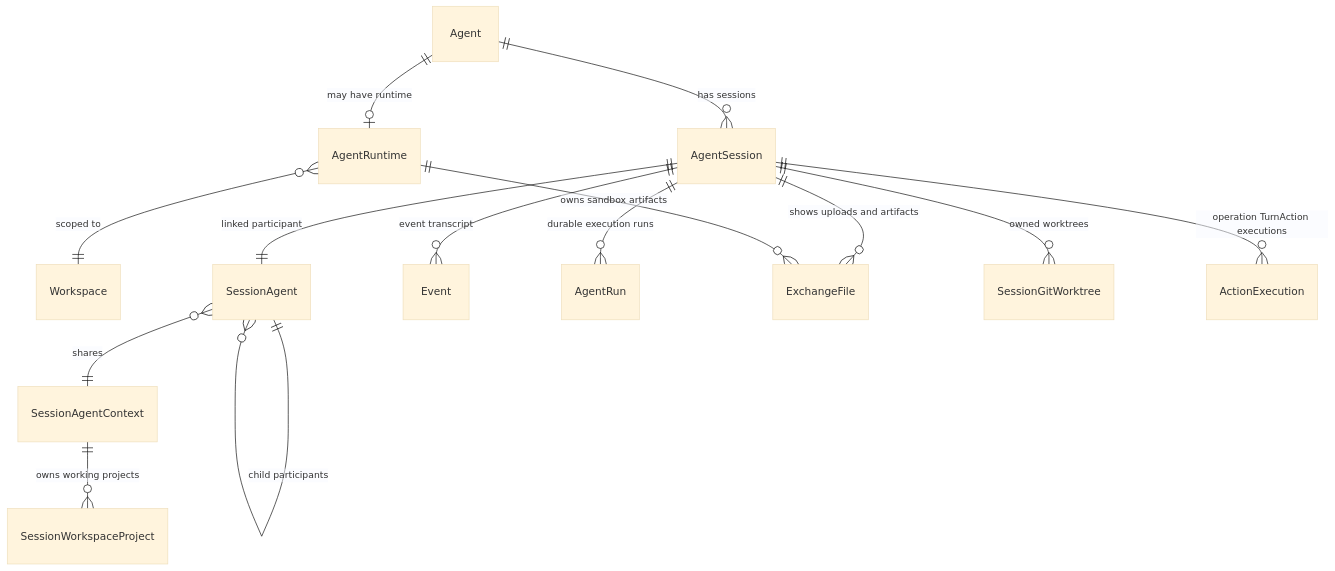
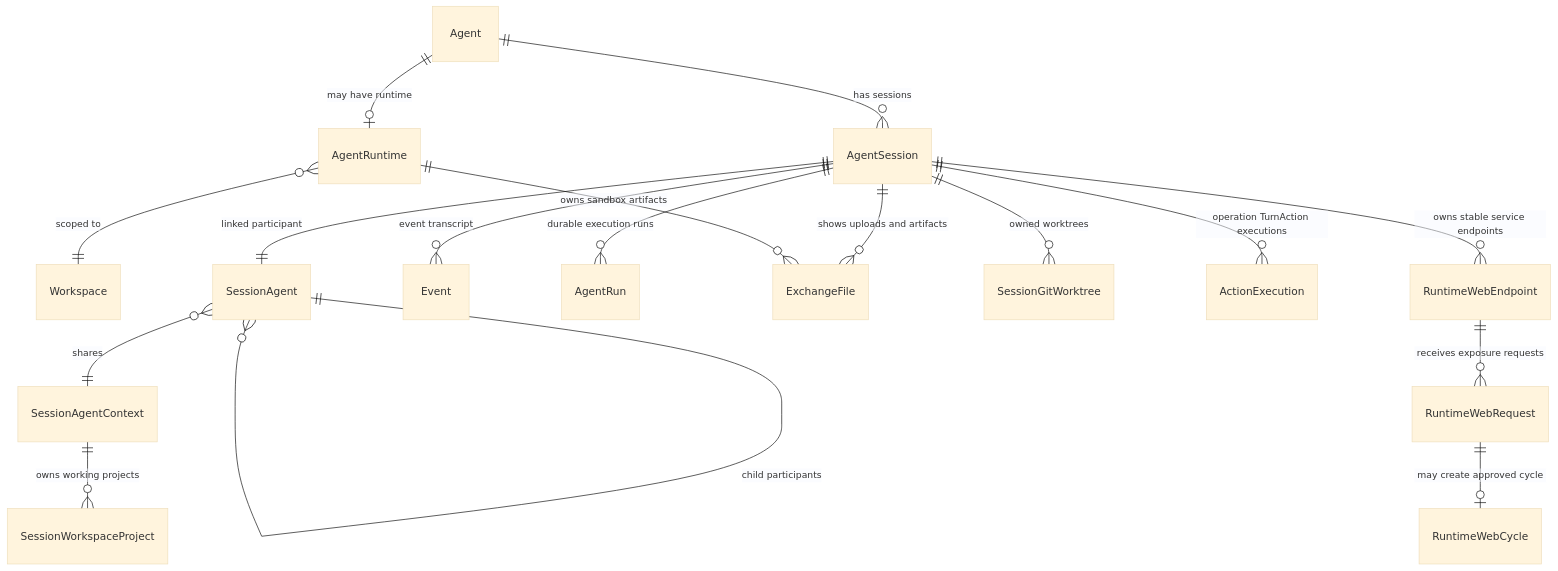
One commit to azents/azents changed the diagram in docs/azents/spec/domain/conversation.md. Above: the diagram before and after it, drawn with Mermaid (base theme). The commit also changed other lines of this file and 25 other files, not shown here.

Commit message:
test(runtime-web): add gateway end-to-end coverage

````diff
--- a/docs/azents/spec/domain/conversation.md
+++ b/docs/azents/spec/domain/conversation.md
@@ -153,16 +158,19 @@
 ```mermaid
 erDiagram
     Agent ||--o| AgentRuntime : "may have runtime"
     Agent ||--o{ AgentSession : "has sessions"
     AgentRuntime }o--|| Workspace : "scoped to"
     AgentSession ||--|| SessionAgent : "linked participant"
     SessionAgent ||--o{ SessionAgent : "child participants"
     SessionAgent }o--|| SessionAgentContext : "shares"
     SessionAgentContext ||--o{ SessionWorkspaceProject : "owns working projects"
     AgentSession ||--o{ Event : "event transcript"
     AgentSession ||--o{ AgentRun : "durable execution runs"
     AgentSession ||--o{ ExchangeFile : "shows uploads and artifacts"
     AgentSession ||--o{ SessionGitWorktree : "owned worktrees"
     AgentSession ||--o{ ActionExecution : "operation TurnAction executions"
+    AgentSession ||--o{ RuntimeWebEndpoint : "owns stable service endpoints"
+    RuntimeWebEndpoint ||--o{ RuntimeWebRequest : "receives exposure requests"
+    RuntimeWebRequest ||--o| RuntimeWebCycle : "may create approved cycle"
     AgentRuntime ||--o{ ExchangeFile : "owns sandbox artifacts"
 ```
````
